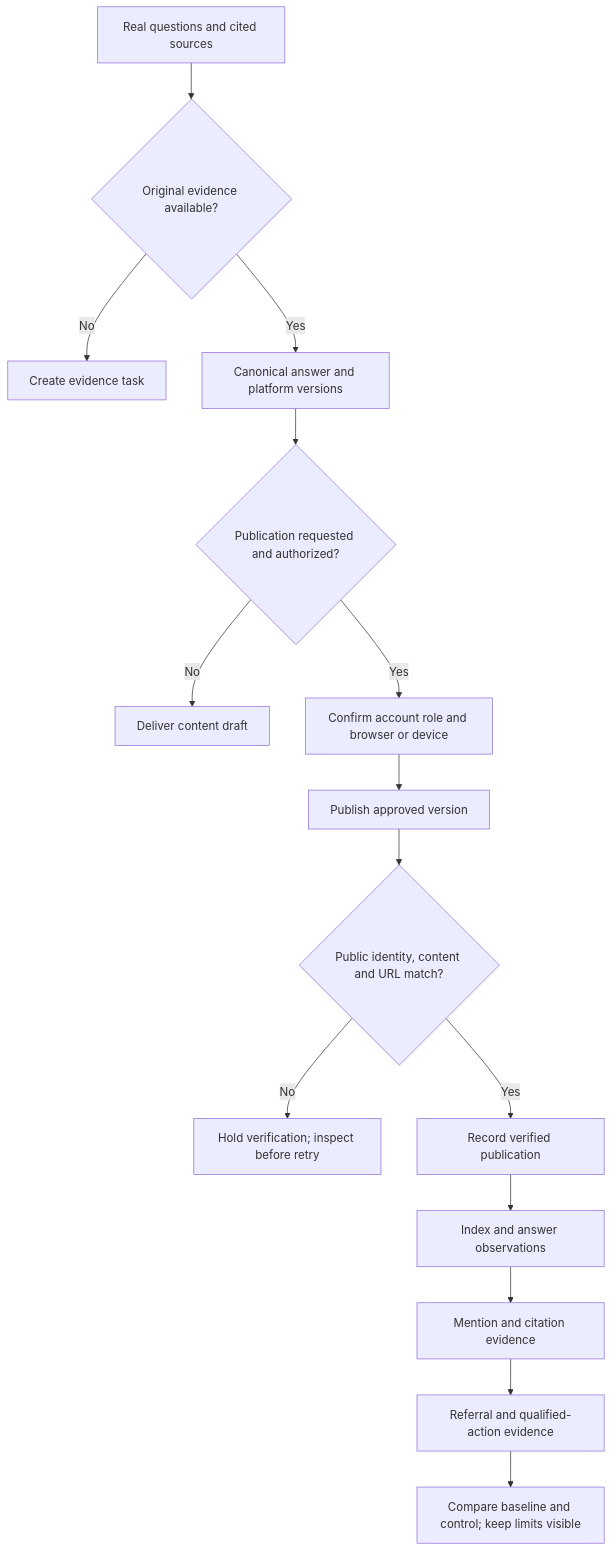
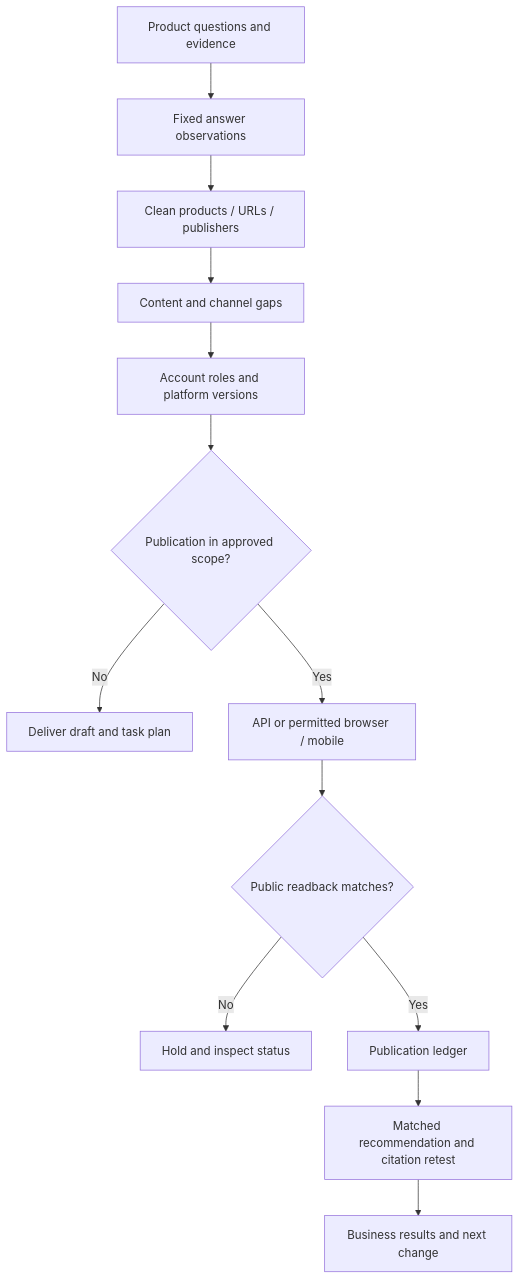
One commit to meowdoone/jingqiu-operator-skills changed the diagram in skills/geo-distribution/SKILL.md. Above: the diagram before and after it, drawn with Mermaid. The commit also changed other lines of this file and 19 other files, not shown here.

Commit message:
Keep public methods only and expand GEO account, channel and measurement workflow

````diff
--- a/skills/geo-distribution/SKILL.md
+++ b/skills/geo-distribution/SKILL.md
@@ -10,17 +85,15 @@
 ```mermaid
 flowchart TD
-  A[Real questions and cited sources] --> B{Original evidence available?}
-  B -- No --> H[Create evidence task]
-  B -- Yes --> C[Canonical answer and platform versions]
-  C --> D{Publication requested and authorized?}
-  D -- No --> I[Deliver content draft]
-  D -- Yes --> E[Confirm account role and browser or device]
-  E --> F[Publish approved version]
-  F --> G{Public identity, content and URL match?}
-  G -- No --> J[Hold verification; inspect before retry]
-  G -- Yes --> K[Record verified publication]
-  K --> L[Index and answer observations]
-  L --> M[Mention and citation evidence]
-  M --> N[Referral and qualified-action evidence]
-  N --> O[Compare baseline and control; keep limits visible]
+  A[Product questions and evidence] --> B[Fixed answer observations]
+  B --> C[Clean products / URLs / publishers]
+  C --> D[Content and channel gaps]
+  D --> E[Account roles and platform versions]
+  E --> F{Publication in approved scope?}
+  F -- No --> G[Deliver draft and task plan]
+  F -- Yes --> H[API or permitted browser / mobile]
+  H --> I{Public readback matches?}
+  I -- No --> J[Hold and inspect status]
+  I -- Yes --> K[Publication ledger]
+  K --> L[Matched recommendation and citation retest]
+  L --> M[Business results and next change]
 ```
````
